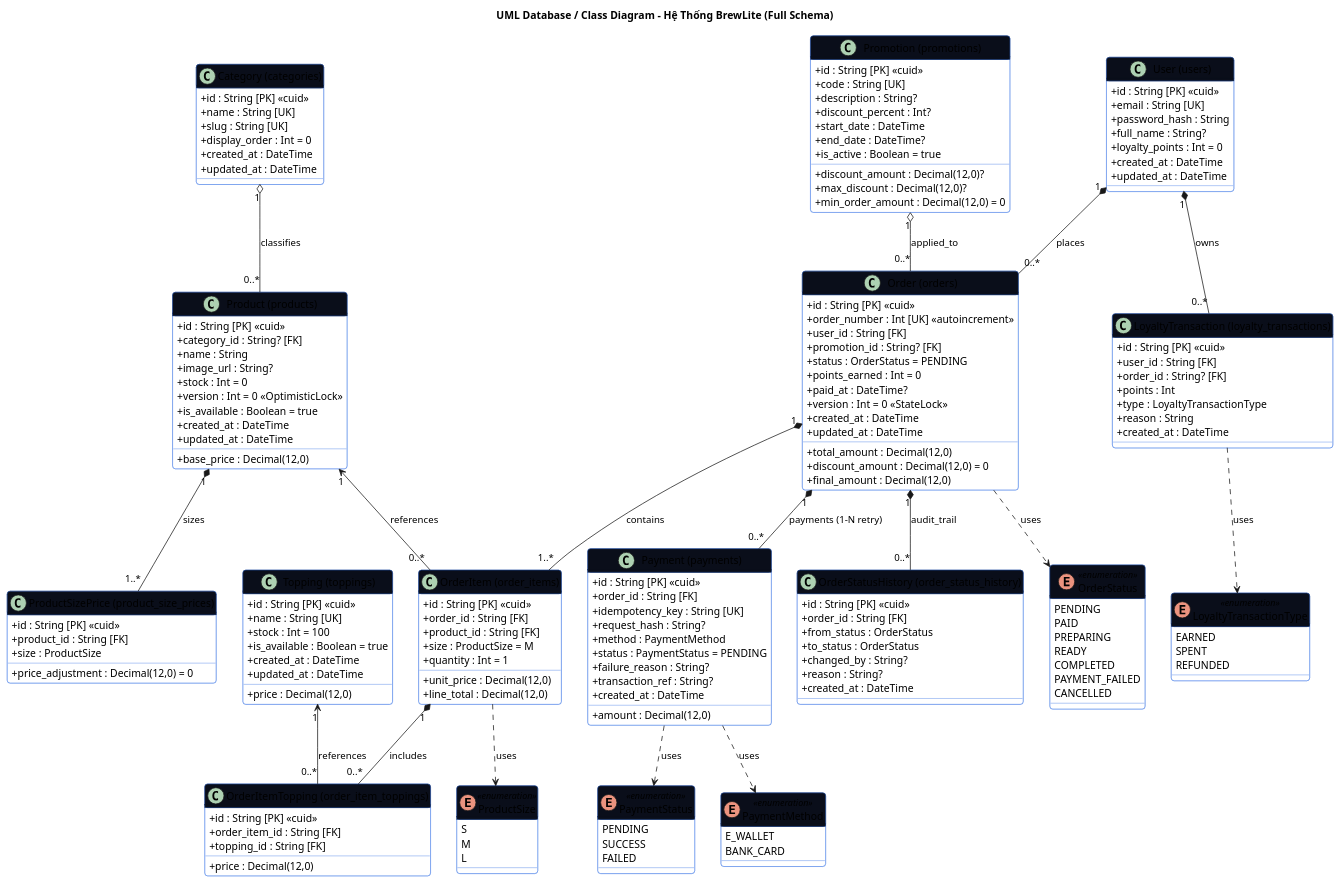
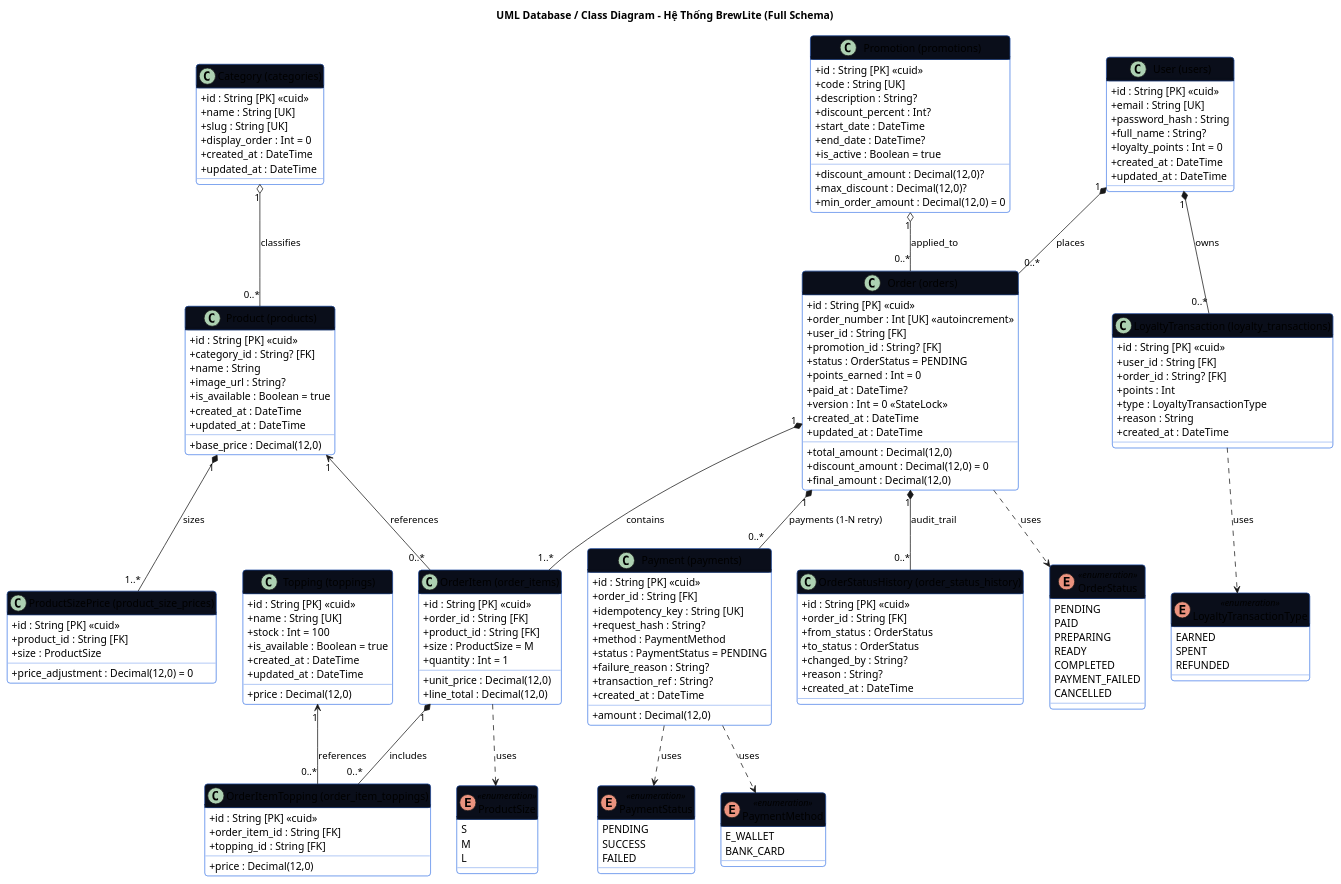
Before and after one commit to Call-MeK/BrewLite_assignment_2: the diagram in docs/database-uml.puml, drawn with PlantUML. The commit also changed 15 other files, not shown here.

```diff
--- a/docs/database-uml.puml
+++ b/docs/database-uml.puml
@@ -1,196 +1,194 @@
 @startuml
 title UML Database / Class Diagram - Hệ Thống BrewLite (Full Schema)
 skinparam classAttributeIconSize 0
 skinparam packageStyle rectangle
 skinparam shadowing false
 skinparam defaultFontName Arial
 skinparam roundcorner 8
 
 skinparam class {
     BackgroundColor #FFFFFF
     BorderColor #2D6BE4
     HeaderBackgroundColor #0A0E1A
     HeaderFontColor #FFFFFF
 }
 
 enum OrderStatus <<enumeration>> {
   PENDING
   PAID
   PREPARING
   READY
   COMPLETED
   PAYMENT_FAILED
   CANCELLED
 }
 
 enum PaymentMethod <<enumeration>> {
   E_WALLET
   BANK_CARD
 }
 
 enum PaymentStatus <<enumeration>> {
   PENDING
   SUCCESS
   FAILED
 }
 
 enum ProductSize <<enumeration>> {
   S
   M
   L
 }
 
 enum LoyaltyTransactionType <<enumeration>> {
   EARNED
   SPENT
   REFUNDED
 }
 
 class "User (users)" as User {
   + id : String [PK] <<cuid>>
   + email : String [UK]
   + password_hash : String
   + full_name : String?
   + loyalty_points : Int = 0
   + created_at : DateTime
   + updated_at : DateTime
 }
 
 class "Category (categories)" as Category {
   + id : String [PK] <<cuid>>
   + name : String [UK]
   + slug : String [UK]
   + display_order : Int = 0
   + created_at : DateTime
   + updated_at : DateTime
 }
 
 class "Product (products)" as Product {
   + id : String [PK] <<cuid>>
   + category_id : String? [FK]
   + name : String
   + base_price : Decimal(12,0)
   + image_url : String?
-  + stock : Int = 0
-  + version : Int = 0 <<OptimisticLock>>
   + is_available : Boolean = true
   + created_at : DateTime
   + updated_at : DateTime
 }
 
 class "ProductSizePrice (product_size_prices)" as ProductSizePrice {
   + id : String [PK] <<cuid>>
   + product_id : String [FK]
   + size : ProductSize
   + price_adjustment : Decimal(12,0) = 0
 }
 
 class "Topping (toppings)" as Topping {
   + id : String [PK] <<cuid>>
   + name : String [UK]
   + price : Decimal(12,0)
   + stock : Int = 100
   + is_available : Boolean = true
   + created_at : DateTime
   + updated_at : DateTime
 }
 
 class "Promotion (promotions)" as Promotion {
   + id : String [PK] <<cuid>>
   + code : String [UK]
   + description : String?
   + discount_percent : Int?
   + discount_amount : Decimal(12,0)?
   + max_discount : Decimal(12,0)?
   + min_order_amount : Decimal(12,0) = 0
   + start_date : DateTime
   + end_date : DateTime?
   + is_active : Boolean = true
 }
 
 class "Order (orders)" as Order {
   + id : String [PK] <<cuid>>
   + order_number : Int [UK] <<autoincrement>>
   + user_id : String [FK]
   + promotion_id : String? [FK]
   + status : OrderStatus = PENDING
   + total_amount : Decimal(12,0)
   + discount_amount : Decimal(12,0) = 0
   + final_amount : Decimal(12,0)
   + points_earned : Int = 0
   + paid_at : DateTime?
   + version : Int = 0 <<StateLock>>
   + created_at : DateTime
   + updated_at : DateTime
 }
 
 class "OrderItem (order_items)" as OrderItem {
   + id : String [PK] <<cuid>>
   + order_id : String [FK]
   + product_id : String [FK]
   + size : ProductSize = M
   + quantity : Int = 1
   + unit_price : Decimal(12,0)
   + line_total : Decimal(12,0)
 }
 
 class "OrderItemTopping (order_item_toppings)" as OrderItemTopping {
   + id : String [PK] <<cuid>>
   + order_item_id : String [FK]
   + topping_id : String [FK]
   + price : Decimal(12,0)
 }
 
 class "Payment (payments)" as Payment {
   + id : String [PK] <<cuid>>
   + order_id : String [FK]
   + idempotency_key : String [UK]
   + request_hash : String?
   + amount : Decimal(12,0)
   + method : PaymentMethod
   + status : PaymentStatus = PENDING
   + failure_reason : String?
   + transaction_ref : String?
   + created_at : DateTime
 }
 
 class "LoyaltyTransaction (loyalty_transactions)" as LoyaltyTransaction {
   + id : String [PK] <<cuid>>
   + user_id : String [FK]
   + order_id : String? [FK]
   + points : Int
   + type : LoyaltyTransactionType
   + reason : String
   + created_at : DateTime
 }
 
 class "OrderStatusHistory (order_status_history)" as OrderStatusHistory {
   + id : String [PK] <<cuid>>
   + order_id : String [FK]
   + from_status : OrderStatus
   + to_status : OrderStatus
   + changed_by : String?
   + reason : String?
   + created_at : DateTime
 }
 
 ' Relationships & Multiplicities
 Category "1" o-- "0..*" Product : classifies
 Product "1" *-- "1..*" ProductSizePrice : sizes
 User "1" *-- "0..*" Order : places
 User "1" *-- "0..*" LoyaltyTransaction : owns
 Promotion "1" o-- "0..*" Order : applied_to
 Order "1" *-- "1..*" OrderItem : contains
 Order "1" *-- "0..*" Payment : payments (1-N retry)
 Order "1" *-- "0..*" OrderStatusHistory : audit_trail
 Product "1" <-- "0..*" OrderItem : references
 OrderItem "1" *-- "0..*" OrderItemTopping : includes
 Topping "1" <-- "0..*" OrderItemTopping : references
 
 Order ..> OrderStatus : uses
 Payment ..> PaymentMethod : uses
 Payment ..> PaymentStatus : uses
 OrderItem ..> ProductSize : uses
 LoyaltyTransaction ..> LoyaltyTransactionType : uses
 
 @enduml
```
